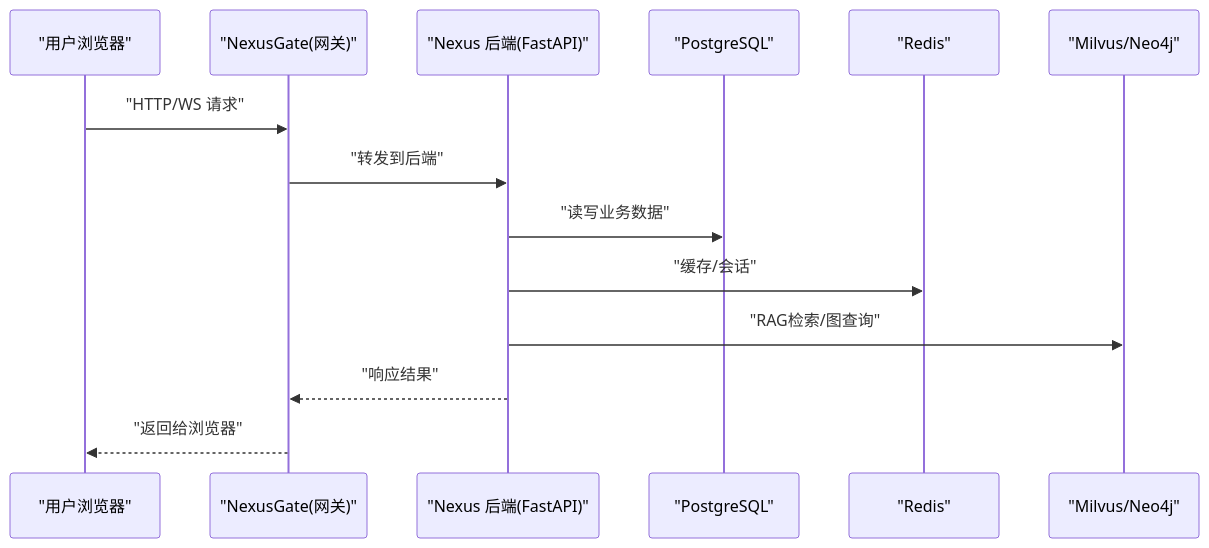
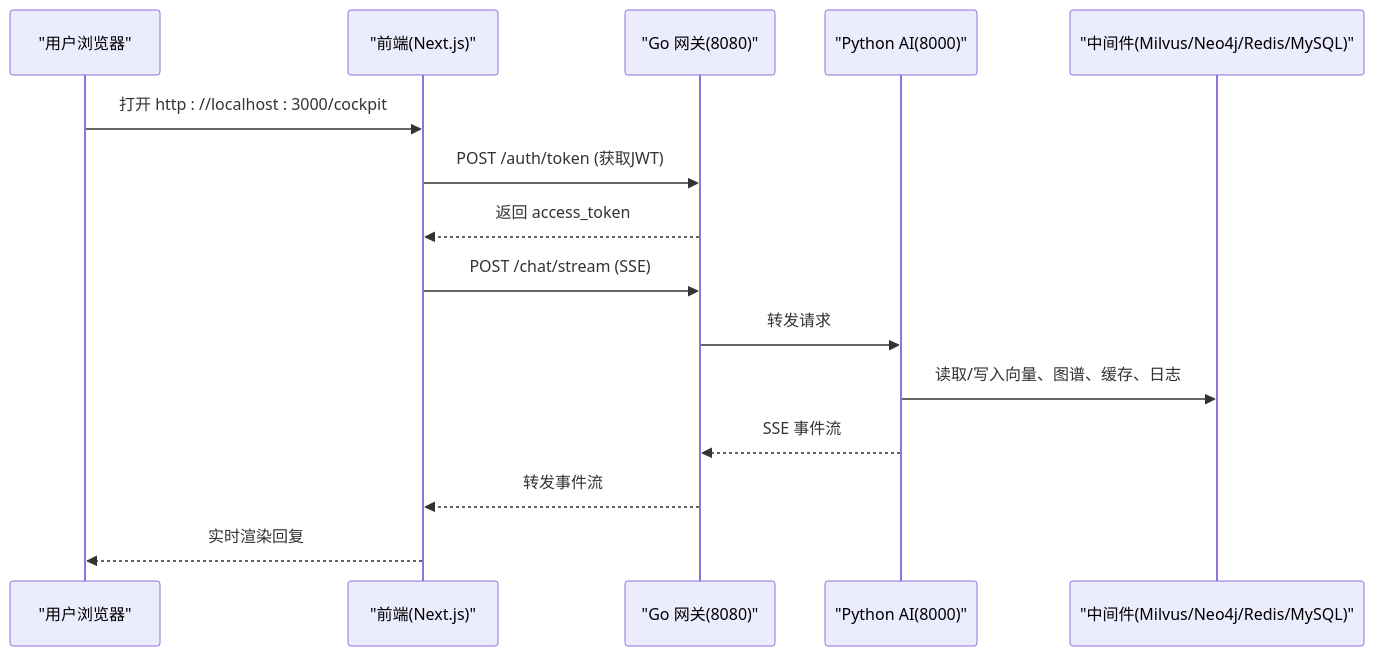
The second of 3 diagrams in .qoder/repowiki/zh/content/项目概述/快速开始指南.md (zmdhdu/NexusCockpit), drawn with Mermaid before and after one commit. The commit also changed other lines of this file and 516 other files, not shown here.

````diff
--- a/.qoder/repowiki/zh/content/项目概述/快速开始指南.md
+++ b/.qoder/repowiki/zh/content/项目概述/快速开始指南.md
@@ -127,16 +95,17 @@
 ```mermaid
 sequenceDiagram
 participant U as "用户浏览器"
-participant G as "NexusGate(网关)"
-participant B as "Nexus 后端(FastAPI)"
-participant DB as "PostgreSQL"
-participant RC as "Redis"
-participant V as "Milvus/Neo4j"
-U->>G : "HTTP/WS 请求"
-G->>B : "转发到后端"
-B->>DB : "读写业务数据"
-B->>RC : "缓存/会话"
-B->>V : "RAG检索/图查询"
-B-->>G : "响应结果"
-G-->>U : "返回给浏览器"
+participant FE as "前端(Next.js)"
+participant GW as "Go 网关(8080)"
+participant PY as "Python AI(8000)"
+participant DB as "中间件(Milvus/Neo4j/Redis/MySQL)"
+U->>FE : 打开 http : //localhost : 3000/cockpit
+FE->>GW : POST /auth/token (获取JWT)
+GW-->>FE : 返回 access_token
+FE->>GW : POST /chat/stream (SSE)
+GW->>PY : 转发请求
+PY->>DB : 读取/写入向量、图谱、缓存、日志
+PY-->>GW : SSE 事件流
+GW-->>FE : 转发事件流
+FE-->>U : 实时渲染回复
 ```
````
